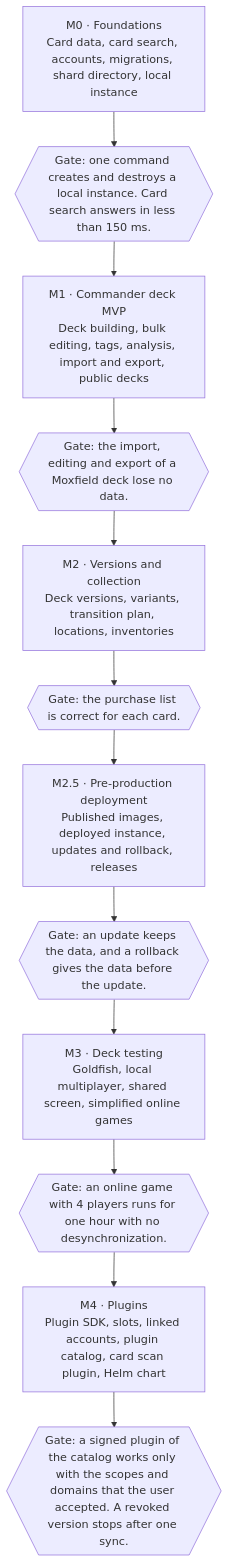
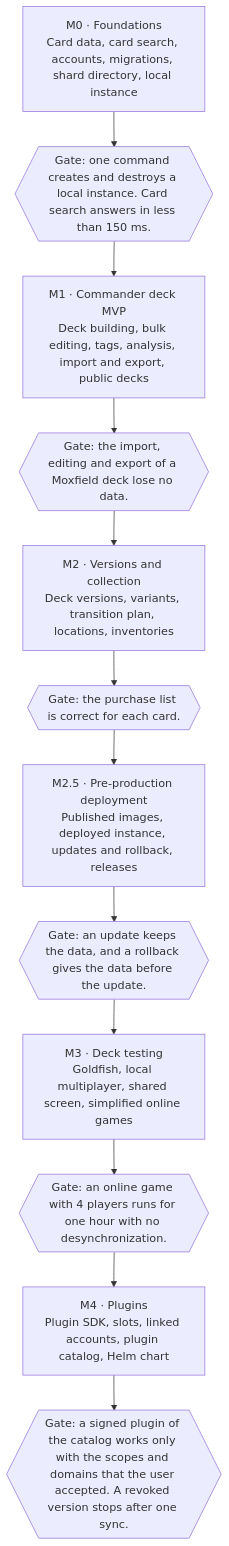
One commit to nicolas-goyon/Reliquary changed the diagram in docs/roadmap.md. Above: the diagram before and after it, drawn with Mermaid. The commit also changed other lines of this file and 2 other files, not shown here.

First line of the commit message:
docs: add the changes of milestone M4 to the changelog and update the roadmap (#372)

````diff
--- a/docs/roadmap.md
+++ b/docs/roadmap.md
@@ -18,16 +18,16 @@
 ```mermaid
 flowchart TB
     m0["M0 · Foundations<br/>Card data, card search, accounts, migrations, shard directory, local instance"]
     g0{{"Gate: one command creates and destroys a local instance. Card search answers in less than 150 ms."}}
     m1["M1 · Commander deck MVP<br/>Deck building, bulk editing, tags, analysis, import and export, public decks"]
     g1{{"Gate: the import, editing and export of a Moxfield deck lose no data."}}
     m2["M2 · Versions and collection<br/>Deck versions, variants, transition plan, locations, inventories"]
     g2{{"Gate: the purchase list is correct for each card."}}
     m25["M2.5 · Pre-production deployment<br/>Published images, deployed instance, updates and rollback, releases"]
     g25{{"Gate: an update keeps the data, and a rollback gives the data before the update."}}
     m3["M3 · Deck testing<br/>Goldfish, local multiplayer, shared screen, simplified online games"]
     g3{{"Gate: an online game with 4 players runs for one hour with no desynchronization."}}
-    m4["M4 · Plugins<br/>Plugin SDK, slots, linked accounts, plugin catalog, card scan plugin, Helm chart"]
+    m4["M4 · Plugins<br/>Plugin SDK, slots, linked accounts, plugin catalog, Helm chart"]
     g4{{"Gate: a signed plugin of the catalog works only with the scopes and domains that the user accepted. A revoked version stops after one sync."}}
     m0 --> g0 --> m1 --> g1 --> m2 --> g2 --> m25 --> g25 --> m3 --> g3 --> m4 --> g4
 ```
````
